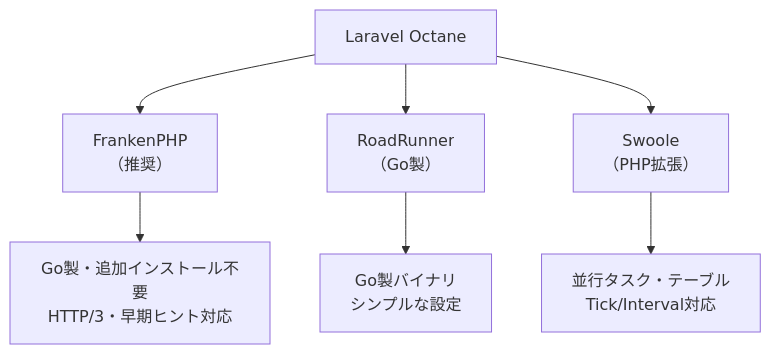
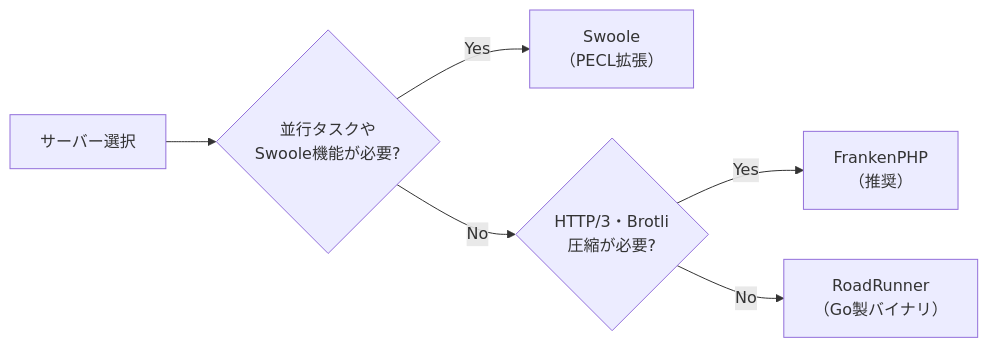
One commit to kawax/mintlify-docs changed the second of 3 diagrams in jp/octane.mdx. Above: the diagram before and after it, drawn with Mermaid. The commit also changed other lines of this file, not shown here.

Commit message:
fix: address code review feedback on octane.mdx
Agent-Logs-Url: https://github.com/kawax/mintlify-docs/sessions/45d8504c-bc1f-44fe-af9b-e92b53af2bb1

````diff
--- a/jp/octane.mdx
+++ b/jp/octane.mdx
@@ -31,9 +31,8 @@
 ```mermaid
-flowchart TD
-    A["Laravel Octane"] --> B["FrankenPHP<br>（推奨）"]
-    A --> C["RoadRunner<br>（Go製）"]
-    A --> D["Swoole<br>（PHP拡張）"]
-    B --> E["Go製・追加インストール不要<br>HTTP/3・早期ヒント対応"]
-    C --> F["Go製バイナリ<br>シンプルな設定"]
-    D --> G["並行タスク・テーブル<br>Tick/Interval対応"]
+flowchart LR
+    A["サーバー選択"] --> B{"並行タスクや<br>Swoole機能が必要?"}
+    B -->|"Yes"| C["Swoole<br>（PECL拡張）"]
+    B -->|"No"| D{"HTTP/3・Brotli<br>圧縮が必要?"}
+    D -->|"Yes"| E["FrankenPHP<br>（推奨）"]
+    D -->|"No"| F["RoadRunner<br>（Go製バイナリ）"]
 ```
````
